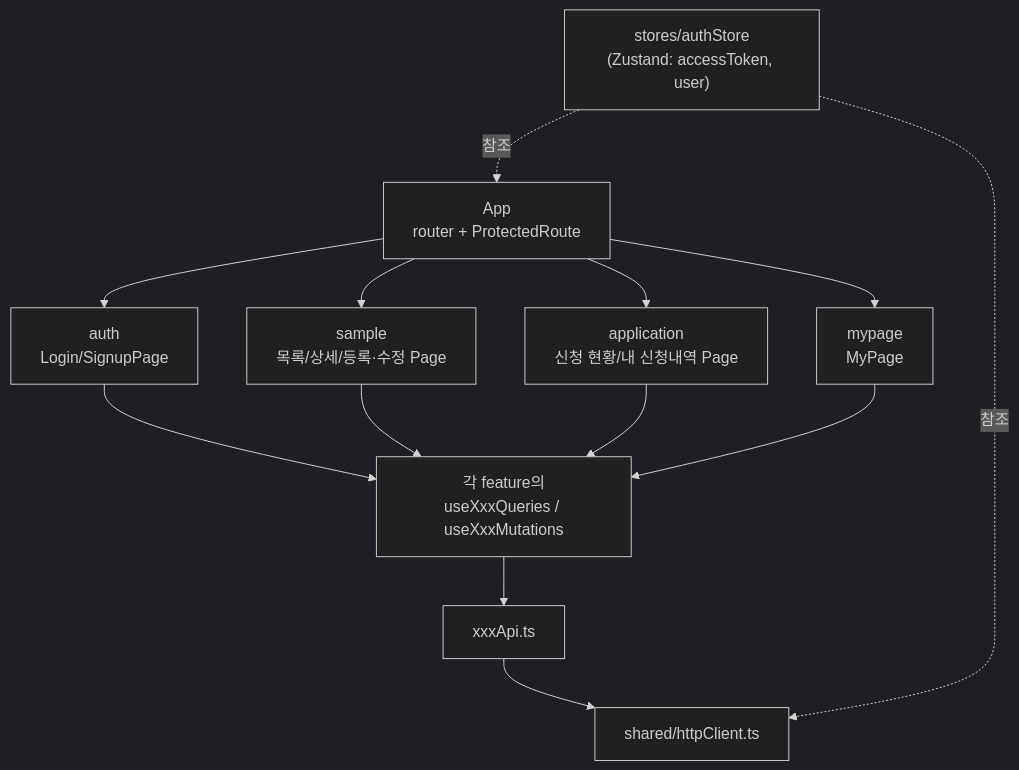
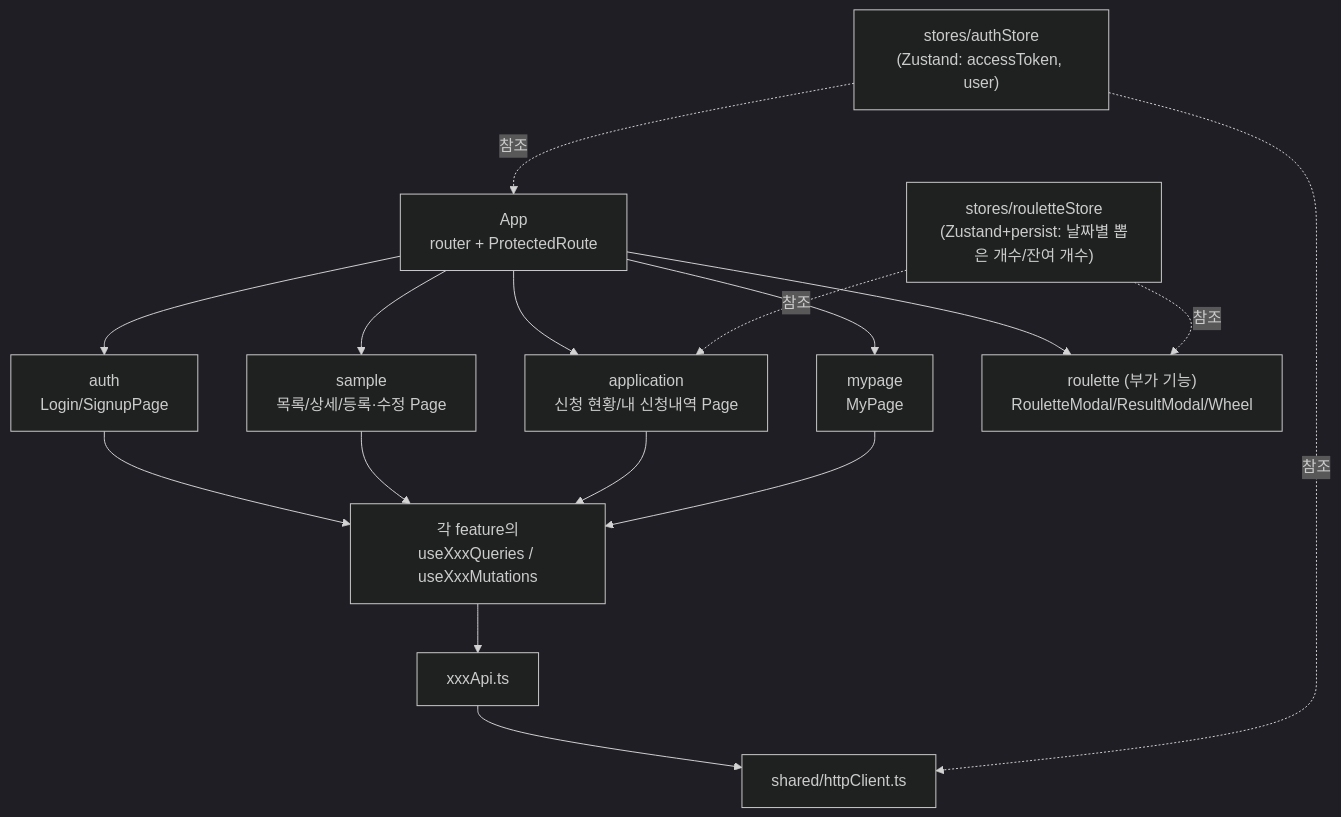
Before and after one commit to tyut0823/b2b-promo: the third of 3 diagrams in docs/6-arch-diagram.md, drawn with Mermaid (dark theme). The commit also changed other lines of this file and 8 other files, not shown here.

````diff
--- a/docs/6-arch-diagram.md
+++ b/docs/6-arch-diagram.md
@@ -58,18 +63,21 @@
 ```mermaid
 flowchart TD
     APP["App<br/>router + ProtectedRoute"] --> AUTHPAGE["auth<br/>Login/SignupPage"]
     APP --> SAMPLEPAGE["sample<br/>목록/상세/등록·수정 Page"]
     APP --> APPPAGE["application<br/>신청 현황/내 신청내역 Page"]
     APP --> MYPAGE["mypage<br/>MyPage"]
+    APP --> ROULETTE["roulette (부가 기능)<br/>RouletteModal/ResultModal/Wheel"]
 
     AUTHPAGE --> HOOKS["각 feature의<br/>useXxxQueries / useXxxMutations"]
     SAMPLEPAGE --> HOOKS
     APPPAGE --> HOOKS
     MYPAGE --> HOOKS
 
     HOOKS --> API["xxxApi.ts"]
     API --> HTTP["shared/httpClient.ts"]
 
-    STORE["stores/authStore<br/>(Zustand: accessToken, user)"] -.참조.-> HTTP
-    STORE -.참조.-> APP
+    AUTHSTORE["stores/authStore<br/>(Zustand: accessToken, user)"] -.참조.-> HTTP
+    AUTHSTORE -.참조.-> APP
+    ROULETTESTORE["stores/rouletteStore<br/>(Zustand+persist: 날짜별 뽑은 개수/잔여 개수)"] -.참조.-> ROULETTE
+    ROULETTESTORE -.참조.-> APPPAGE
 ```
````
